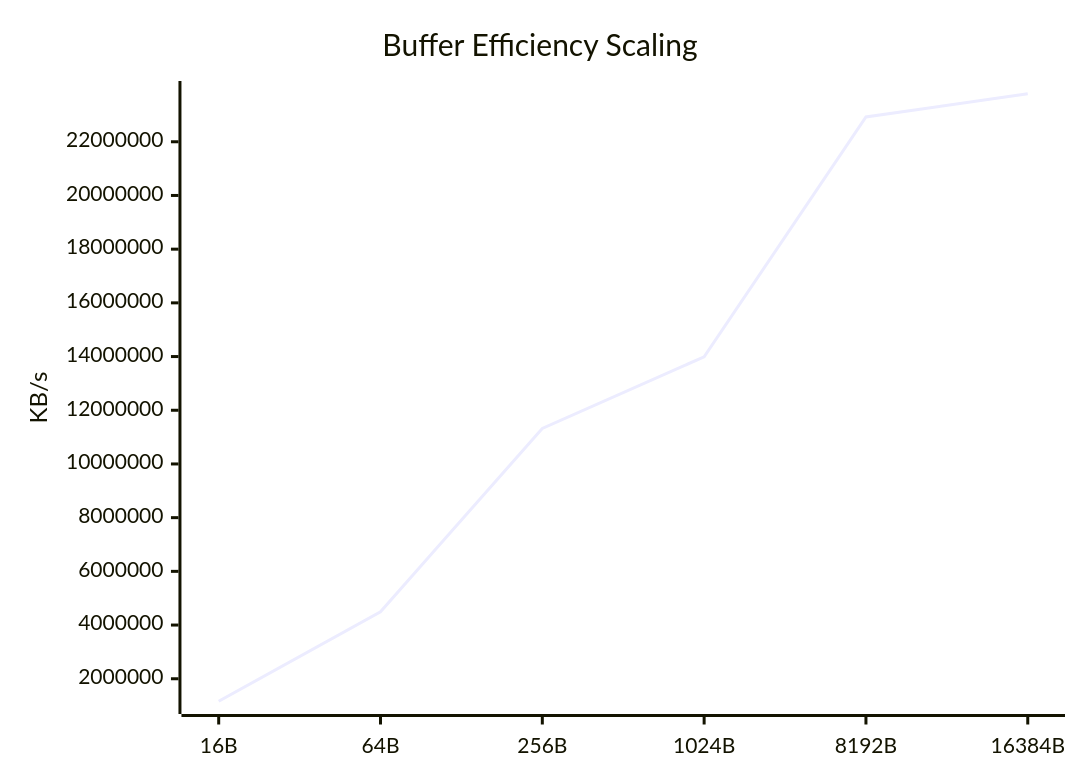
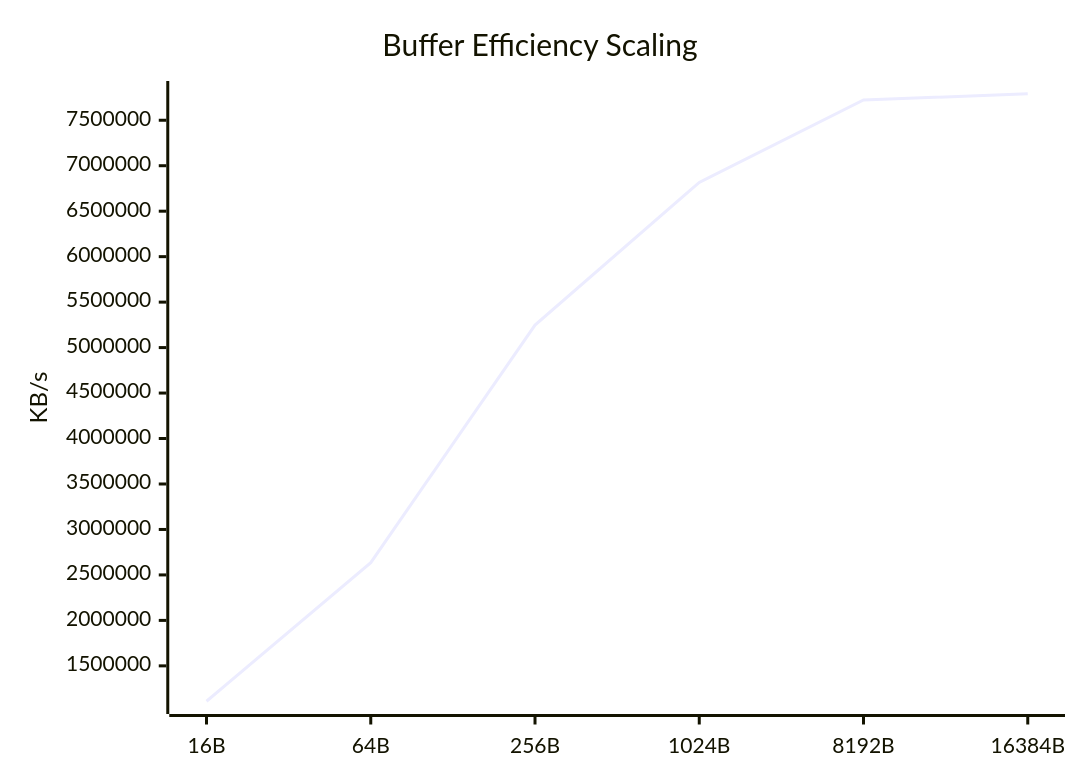
The eighth of 9 diagrams in docs/Comparison_Report.md (taha2samy/openssl_fips), drawn with Mermaid before and after one commit. The commit also changed other lines of this file and 2 other files, not shown here.

````diff
--- a/docs/Comparison_Report.md
+++ b/docs/Comparison_Report.md
@@ -118,7 +118,7 @@
 ```mermaid
 xychart-beta
     title "Buffer Efficiency Scaling"
     x-axis [16B, 64B, 256B, 1024B, 8192B, 16384B]
     y-axis "KB/s"
-    line [1162031.32, 4492645.44, 11322855.55, 13991643.65, 22923558.91, 23788240.9]
+    line [1110837.89, 2634584.06, 5248132.74, 6816367.62, 7722467.33, 7791443.97]
 ```
````
